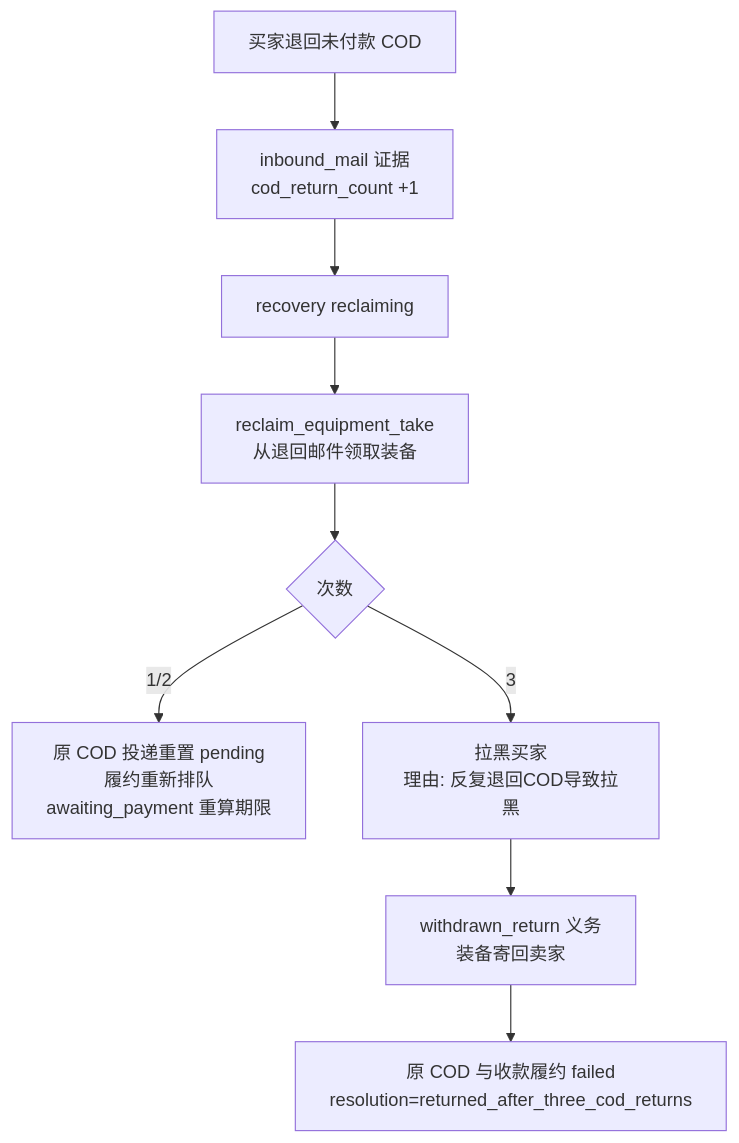
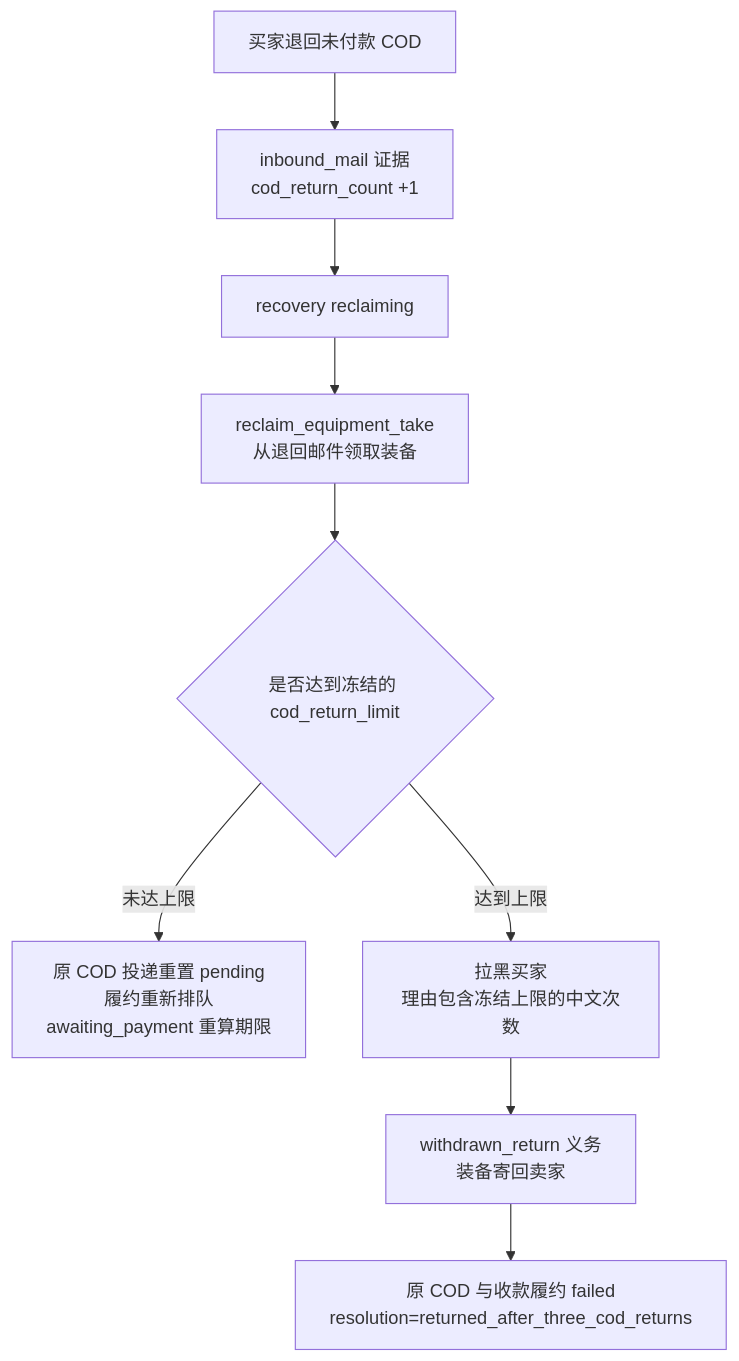
One commit to ngnlAYY/Auction changed the seventh of 7 diagrams in docs/guide/mooglemail-flow.md. Above: the diagram before and after it, drawn with Mermaid. The commit also changed other lines of this file and 143 other files, not shown here.

````diff
--- a/docs/guide/mooglemail-flow.md
+++ b/docs/guide/mooglemail-flow.md
@@ -190,11 +190,11 @@
 ```mermaid
 flowchart TD
   A[买家退回未付款 COD] --> B[inbound_mail 证据<br/>cod_return_count +1]
   B --> C[recovery reclaiming]
   C --> D[reclaim_equipment_take<br/>从退回邮件领取装备]
-  D --> E{次数}
-  E -- 1/2 --> F[原 COD 投递重置 pending<br/>履约重新排队<br/>awaiting_payment 重算期限]
-  E -- 3 --> G[拉黑买家<br/>理由: 反复退回COD导致拉黑]
+  D --> E{是否达到冻结的 cod_return_limit}
+  E -- 未达上限 --> F[原 COD 投递重置 pending<br/>履约重新排队<br/>awaiting_payment 重算期限]
+  E -- 达到上限 --> G[拉黑买家<br/>理由包含冻结上限的中文次数]
   G --> H[withdrawn_return 义务<br/>装备寄回卖家]
   H --> I[原 COD 与收款履约 failed<br/>resolution=returned_after_three_cod_returns]
 ```
````
